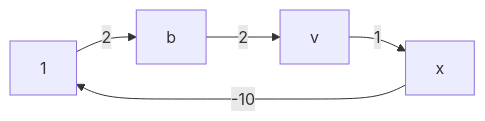
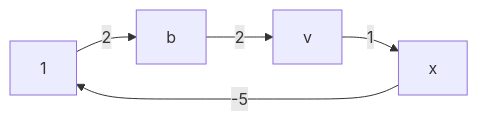
Before and after one commit to almeidaraul/almeidaraul.github.io: the first of 5 diagrams in _posts/2023-11-23-graph.md, drawn with Mermaid. The commit also changed other lines of this file, not shown here.

Commit message:
changes to graph trick

```diff
--- a/_posts/2023-11-23-graph.md
+++ b/_posts/2023-11-23-graph.md
@@ -60,7 +62,7 @@
 {% mermaid %}
 graph LR
     1-->|2|b
     b-->|2|v
     v-->|1|x
-    x-->|-10|1
+    x-->|-5|1
 {% endmermaid %}
```
